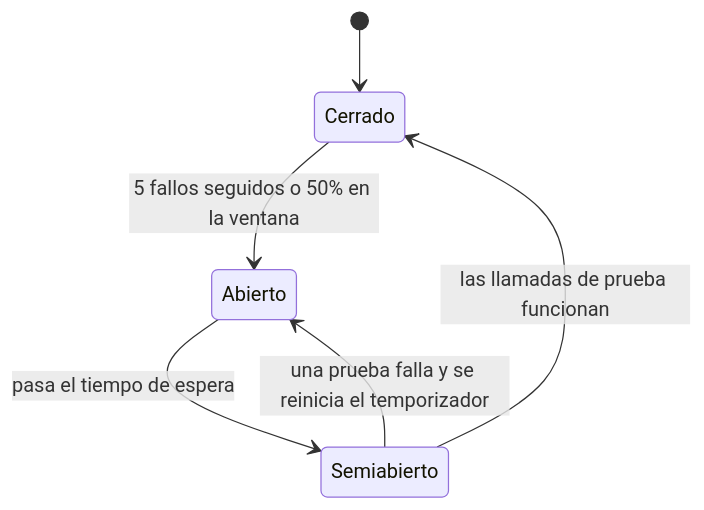
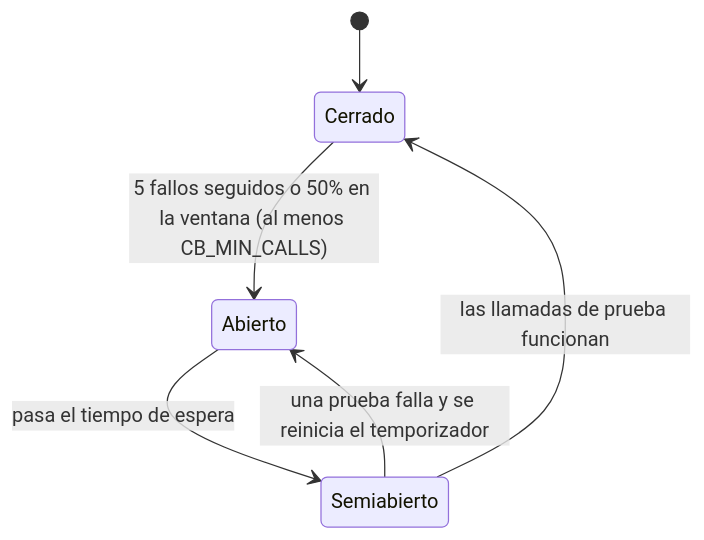
Before and after one commit to Bokter/Gyde: the third of 6 diagrams in docs/architecture/02-flujos.md, drawn with Mermaid. The commit also changed other lines of this file and 346 other files, not shown here.

````diff
--- a/docs/architecture/02-flujos.md
+++ b/docs/architecture/02-flujos.md
@@ -77,8 +79,8 @@
 ```mermaid
 stateDiagram-v2
     [*] --> Cerrado
-    Cerrado --> Abierto: 5 fallos seguidos o 50% en la ventana
+    Cerrado --> Abierto: 5 fallos seguidos o 50% en la ventana (al menos CB_MIN_CALLS)
     Abierto --> Semiabierto: pasa el tiempo de espera
     Semiabierto --> Cerrado: las llamadas de prueba funcionan
     Semiabierto --> Abierto: una prueba falla y se reinicia el temporizador
 ```
````
